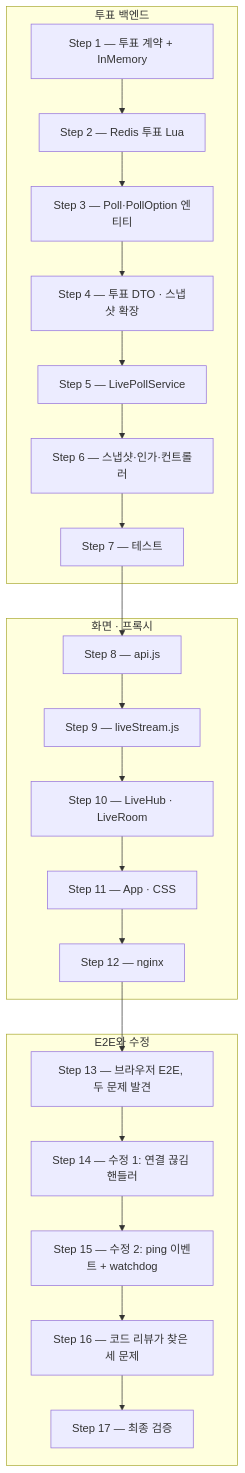
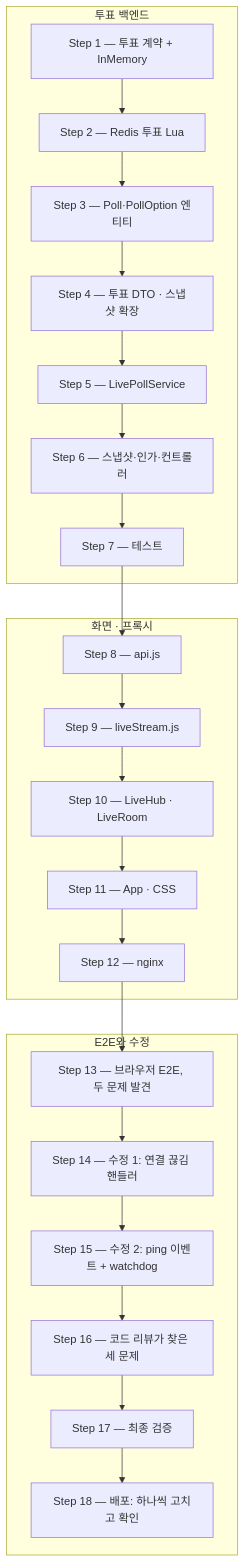
Before and after one commit to icesnake72/boards: the second of 3 diagrams in docs/lecture/LIVE-POLL-WALKTHROUGH-DAY2.md, drawn with Mermaid. The commit also changed other lines of this file and 2 other files, not shown here.

First line of the commit message:
docs: 실시간 기능(STOMP·SSE) 배포 변경 기록 위키 + 2일차 Step 18 배포 절 (코드 무변경)

````diff
--- a/docs/lecture/LIVE-POLL-WALKTHROUGH-DAY2.md
+++ b/docs/lecture/LIVE-POLL-WALKTHROUGH-DAY2.md
@@ -148,25 +148,26 @@
 ```mermaid
 flowchart TD
   subgraph BACK["투표 백엔드"]
     S1["Step 1 — 투표 계약 + InMemory"] --> S2["Step 2 — Redis 투표 Lua"]
     S2 --> S3["Step 3 — Poll·PollOption 엔티티"]
     S3 --> S4["Step 4 — 투표 DTO · 스냅샷 확장"]
     S4 --> S5["Step 5 — LivePollService"]
     S5 --> S6["Step 6 — 스냅샷·인가·컨트롤러"]
     S6 --> S7["Step 7 — 테스트"]
   end
   subgraph FRONT["화면 · 프록시"]
     S8["Step 8 — api.js"] --> S9["Step 9 — liveStream.js"]
     S9 --> S10["Step 10 — LiveHub · LiveRoom"]
     S10 --> S11["Step 11 — App · CSS"]
     S11 --> S12["Step 12 — nginx"]
   end
   subgraph FIX["E2E와 수정"]
     S13["Step 13 — 브라우저 E2E, 두 문제 발견"] --> S14["Step 14 — 수정 1: 연결 끊김 핸들러"]
     S14 --> S15["Step 15 — 수정 2: ping 이벤트 + watchdog"]
     S15 --> S16["Step 16 — 코드 리뷰가 찾은 세 문제"]
     S16 --> S17["Step 17 — 최종 검증"]
+    S17 --> S18["Step 18 — 배포: 하나씩 고치고 확인"]
   end
   S7 --> S8
   S12 --> S13
 ```
````
